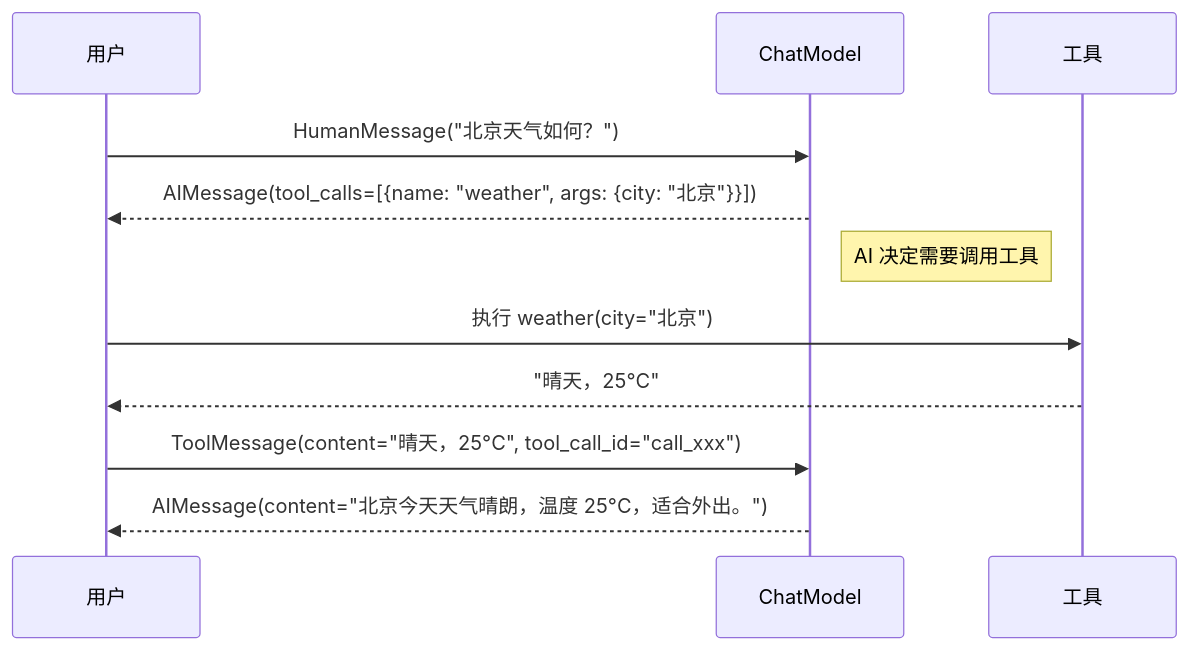
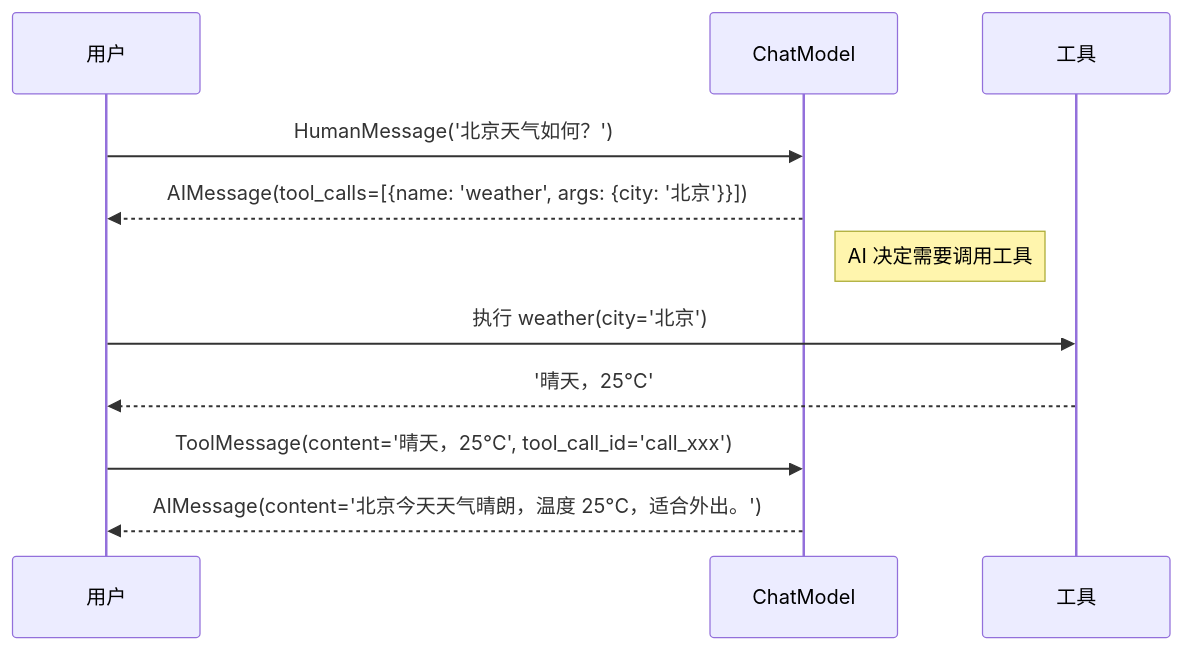
One commit to Cleam/langchain changed the third of 4 diagrams in learn/07-messages.md. Above: the diagram before and after it, drawn with Mermaid. The commit also changed other lines of this file and 7 other files, not shown here.

First line of the commit message:
docs(learn): fix mermaid diagram syntax errors across all tutorial chapters

````diff
--- a/learn/07-messages.md
+++ b/learn/07-messages.md
@@ -208,16 +208,16 @@
 ```mermaid
 sequenceDiagram
     participant U as 用户
     participant AI as ChatModel
     participant T as 工具
 
-    U->>AI: HumanMessage("北京天气如何？")
-    AI-->>U: AIMessage(tool_calls=[{name: "weather", args: {city: "北京"}}])
+    U->>AI: HumanMessage('北京天气如何？')
+    AI-->>U: AIMessage(tool_calls=[{name: 'weather', args: {city: '北京'}}])
     Note right of AI: AI 决定需要调用工具
     
-    U->>T: 执行 weather(city="北京")
-    T-->>U: "晴天，25°C"
+    U->>T: 执行 weather(city='北京')
+    T-->>U: '晴天，25°C'
     
-    U->>AI: ToolMessage(content="晴天，25°C", tool_call_id="call_xxx")
-    AI-->>U: AIMessage(content="北京今天天气晴朗，温度 25°C，适合外出。")
+    U->>AI: ToolMessage(content='晴天，25°C', tool_call_id='call_xxx')
+    AI-->>U: AIMessage(content='北京今天天气晴朗，温度 25°C，适合外出。')
 ```
````
